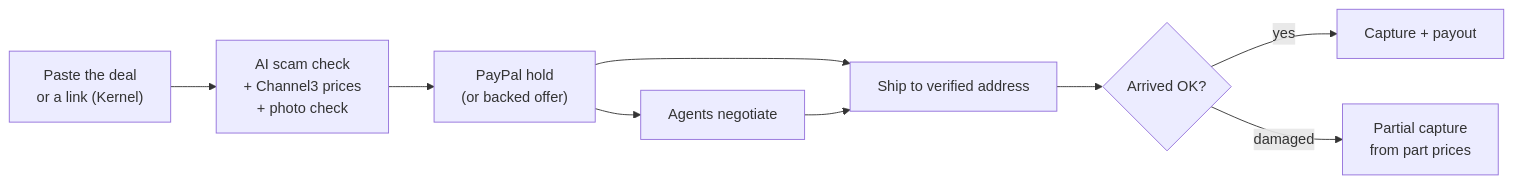
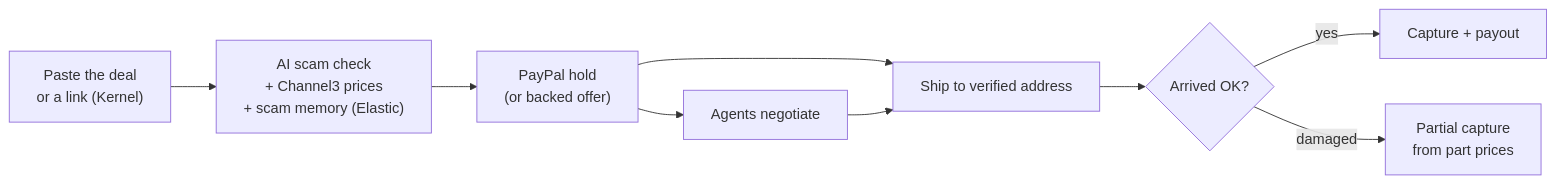
Before and after one commit to Yashasm18/Handshake: the diagram in README.md, drawn with Mermaid. The commit also changed other lines of this file and 30 other files, not shown here.

````diff
--- a/README.md
+++ b/README.md
@@ -86,11 +88,11 @@
 ```mermaid
 flowchart LR
-    A["Paste the deal<br/>or a link (Kernel)"] --> B["AI scam check<br/>+ Channel3 prices<br/>+ photo check"]
+    A["Paste the deal<br/>or a link (Kernel)"] --> B["AI scam check<br/>+ Channel3 prices<br/>+ scam memory (Elastic)"]
     B --> C["PayPal hold<br/>(or backed offer)"]
     C --> D["Agents negotiate"]
     C --> E["Ship to verified address"]
     D --> E
     E --> F{"Arrived OK?"}
     F -->|yes| G["Capture + payout"]
     F -->|damaged| H["Partial capture<br/>from part prices"]
 ```
````
